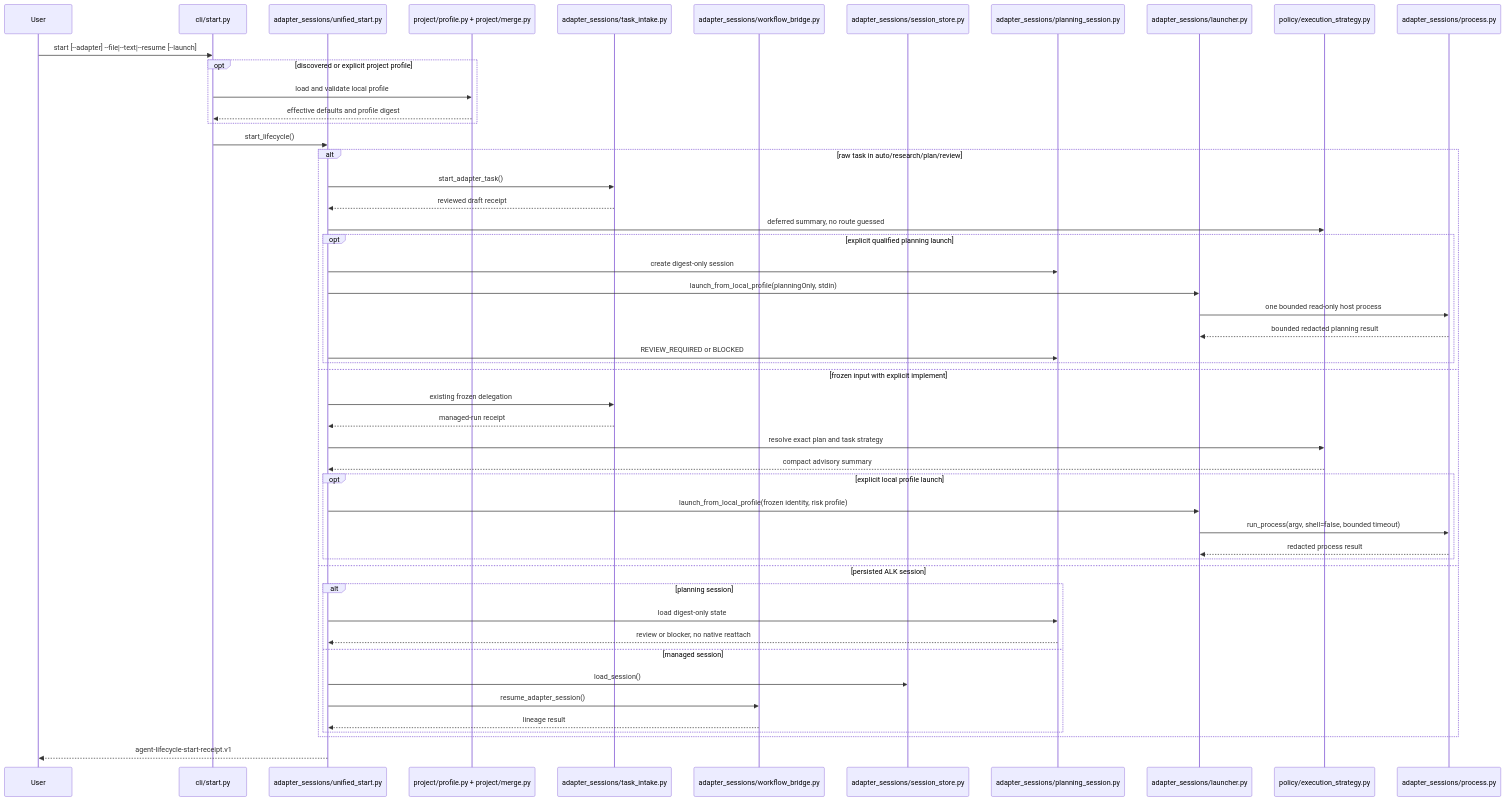
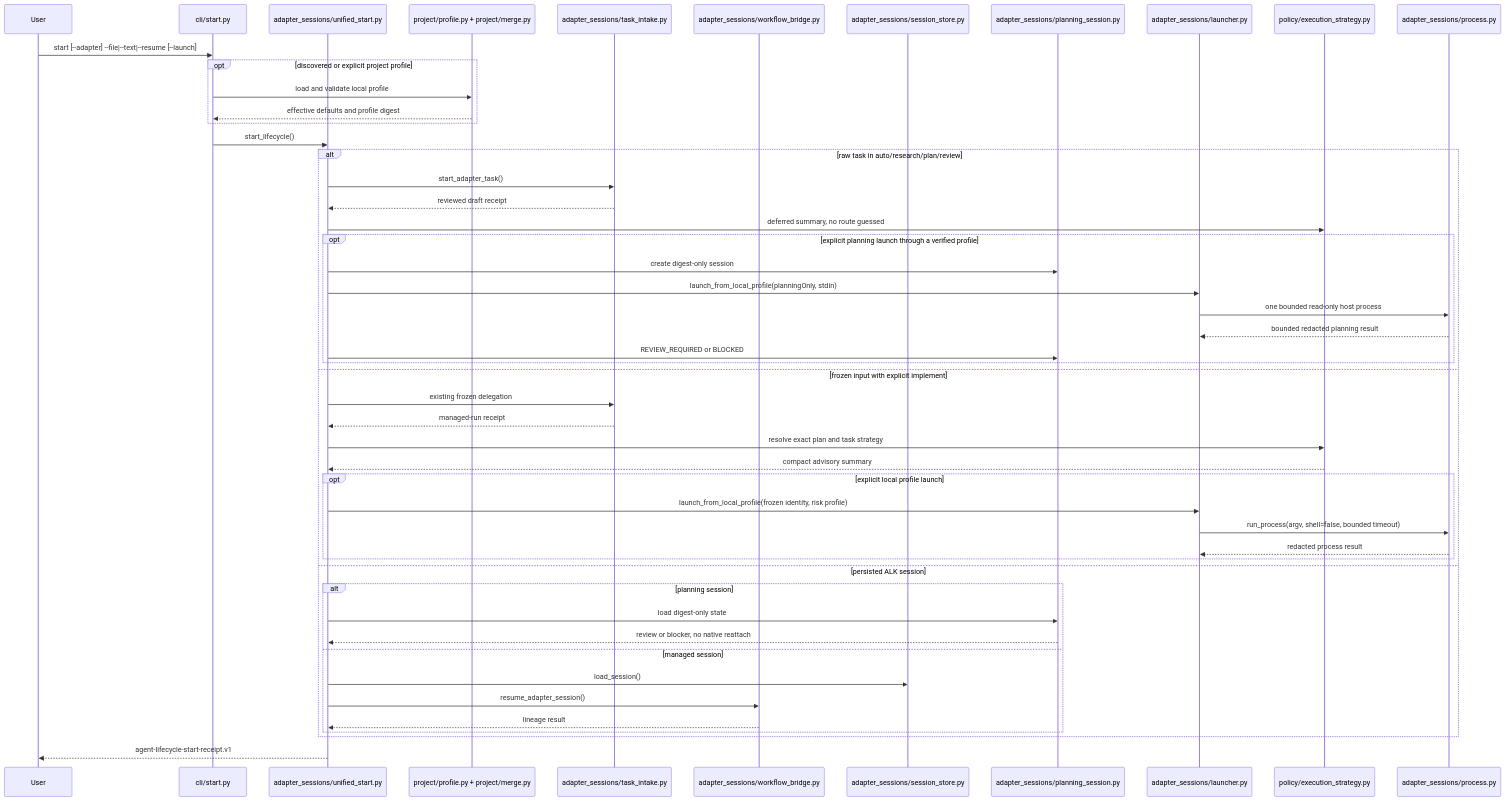
The seventh of 17 diagrams in docs/architecture/system-architecture.md (avksp/agent-lifecycle-kit), drawn with Mermaid before and after one commit. The commit also changed other lines of this file and 50 other files, not shown here.

Commit message:
docs: clarify verified host launch wording

````diff
--- a/docs/architecture/system-architecture.md
+++ b/docs/architecture/system-architecture.md
@@ -364,53 +364,53 @@
 ```mermaid
 sequenceDiagram
   participant User
   participant StartCLI as cli/start.py
   participant Start as adapter_sessions/unified_start.py
   participant Profile as project/profile.py + project/merge.py
   participant Intake as adapter_sessions/task_intake.py
   participant Resume as adapter_sessions/workflow_bridge.py
   participant Store as adapter_sessions/session_store.py
   participant PlanningStore as adapter_sessions/planning_session.py
   participant LocalLaunch as adapter_sessions/launcher.py
   participant Strategy as policy/execution_strategy.py
   participant Process as adapter_sessions/process.py
 
   User->>StartCLI: start [--adapter] --file|--text|--resume [--launch]
   opt discovered or explicit project profile
     StartCLI->>Profile: load and validate local profile
     Profile-->>StartCLI: effective defaults and profile digest
   end
   StartCLI->>Start: start_lifecycle()
   alt raw task in auto/research/plan/review
     Start->>Intake: start_adapter_task()
     Intake-->>Start: reviewed draft receipt
     Start->>Strategy: deferred summary, no route guessed
-    opt explicit qualified planning launch
+    opt explicit planning launch through a verified profile
       Start->>PlanningStore: create digest-only session
       Start->>LocalLaunch: launch_from_local_profile(planningOnly, stdin)
       LocalLaunch->>Process: one bounded read-only host process
       Process-->>LocalLaunch: bounded redacted planning result
       Start->>PlanningStore: REVIEW_REQUIRED or BLOCKED
     end
   else frozen input with explicit implement
     Start->>Intake: existing frozen delegation
     Intake-->>Start: managed-run receipt
     Start->>Strategy: resolve exact plan and task strategy
     Strategy-->>Start: compact advisory summary
     opt explicit local profile launch
       Start->>LocalLaunch: launch_from_local_profile(frozen identity, risk profile)
       LocalLaunch->>Process: run_process(argv, shell=false, bounded timeout)
       Process-->>LocalLaunch: redacted process result
     end
   else persisted ALK session
     alt planning session
       Start->>PlanningStore: load digest-only state
       PlanningStore-->>Start: review or blocker, no native reattach
     else managed session
       Start->>Store: load_session()
       Start->>Resume: resume_adapter_session()
       Resume-->>Start: lineage result
     end
   end
   Start-->>User: agent-lifecycle-start-receipt.v1
 ```
````
